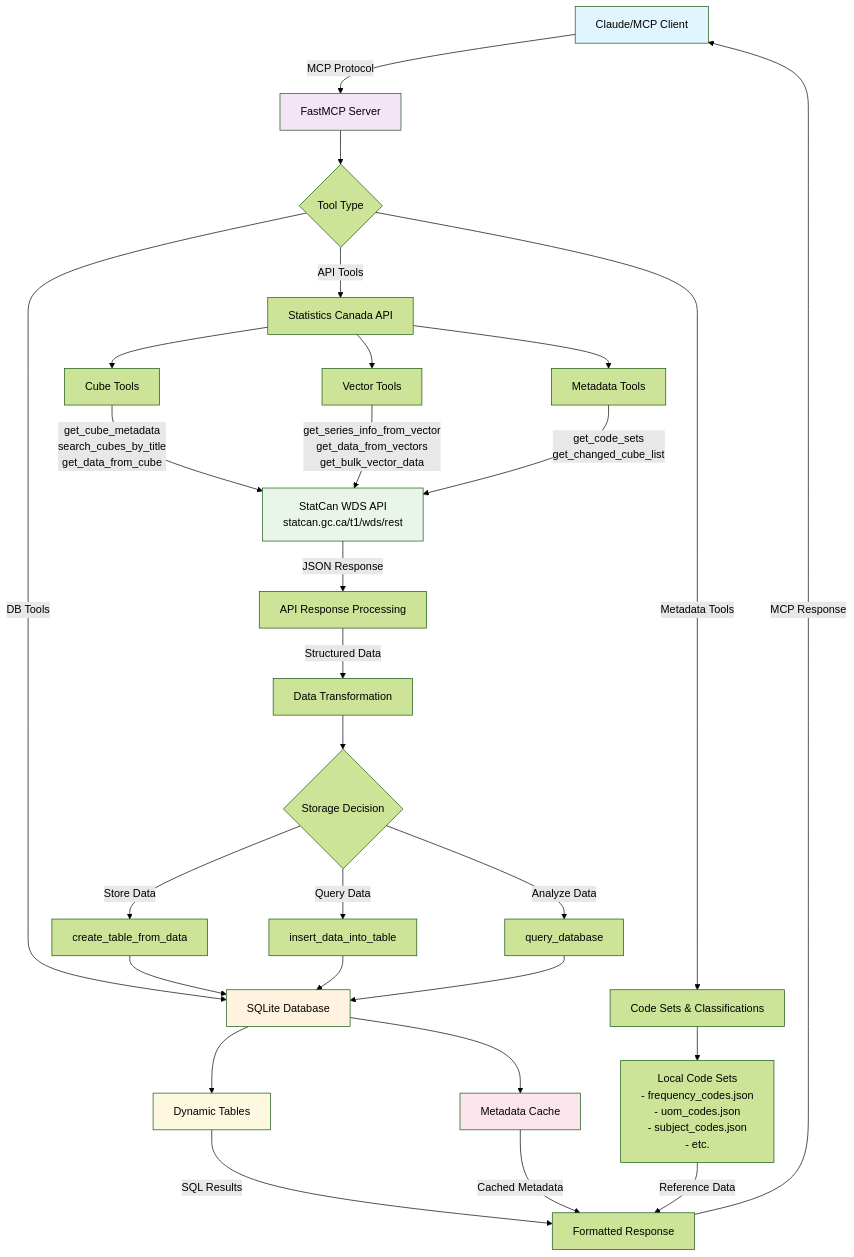
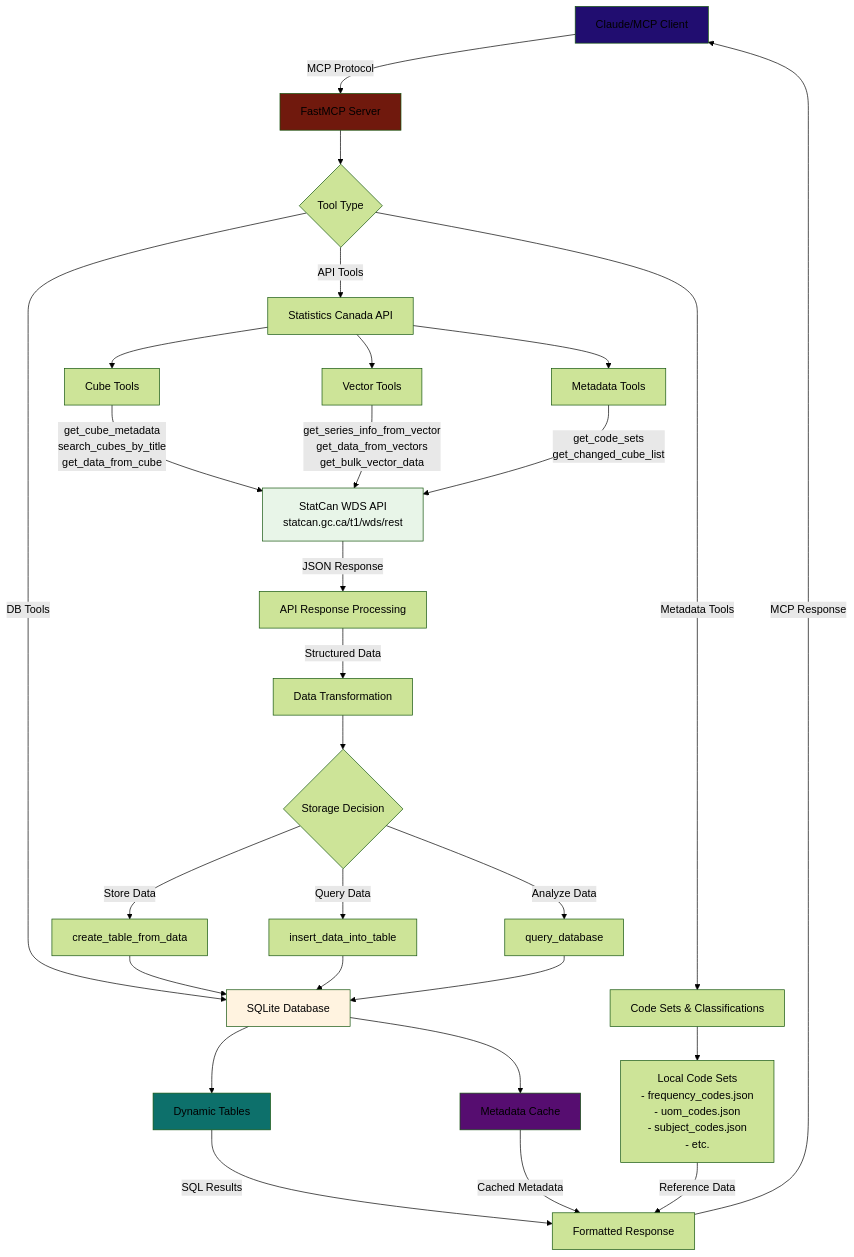
One commit to Aryan-Jhaveri/mcp-statcan changed the diagram in IMPLEMENTATIONS.md. Above: the diagram before and after it, drawn with Mermaid (forest theme).

````diff
--- a/IMPLEMENTATIONS.md
+++ b/IMPLEMENTATIONS.md
@@ -19,47 +19,47 @@
 ```mermaid
 flowchart TD
     A[Claude/MCP Client] -->|MCP Protocol| B[FastMCP Server]
     
     B --> C{Tool Type}
     C -->|API Tools| D[Statistics Canada API]
     C -->|DB Tools| E[SQLite Database]
     C -->|Metadata Tools| F[Code Sets & Classifications]
     
     D --> G[Cube Tools]
     D --> H[Vector Tools]
     D --> I[Metadata Tools]
     
     G -->|get_cube_metadata<br/>search_cubes_by_title<br/>get_data_from_cube| J[StatCan WDS API<br/>statcan.gc.ca/t1/wds/rest]
     H -->|get_series_info_from_vector<br/>get_data_from_vectors<br/>get_bulk_vector_data| J
     I -->|get_code_sets<br/>get_changed_cube_list| J
     
     J -->|JSON Response| K[API Response Processing]
     K -->|Structured Data| L[Data Transformation]
     
     L --> M{Storage Decision}
     M -->|Store Data| N[create_table_from_data]
     M -->|Query Data| O[insert_data_into_table]
     M -->|Analyze Data| P[query_database]
     
     N --> E
     O --> E
     P --> E
     
     E --> Q[Dynamic Tables]
     E --> R[Metadata Cache]
     
     Q -->|SQL Results| S[Formatted Response]
     R -->|Cached Metadata| S
     
     S -->|MCP Response| A
     
     F --> T[Local Code Sets<br/>- frequency_codes.json<br/>- uom_codes.json<br/>- subject_codes.json<br/>- etc.]
     T -->|Reference Data| S
     
-    style A fill:#e1f5fe
-    style B fill:#f3e5f5
+    style A fill:#210d70
+    style B fill:#70190d
     style E fill:#fff3e0
     style J fill:#e8f5e8
-    style Q fill:#fff8e1
-    style R fill:#fce4ec
+    style Q fill:#0d706b
+    style R fill:#560d70
 ```
````
